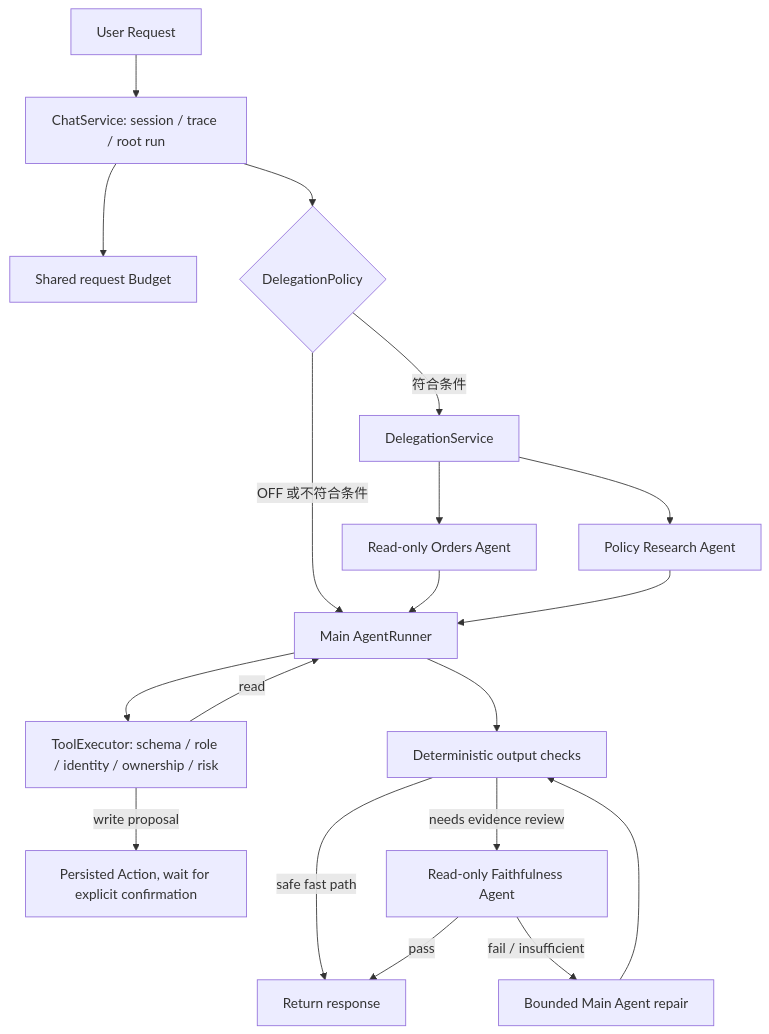
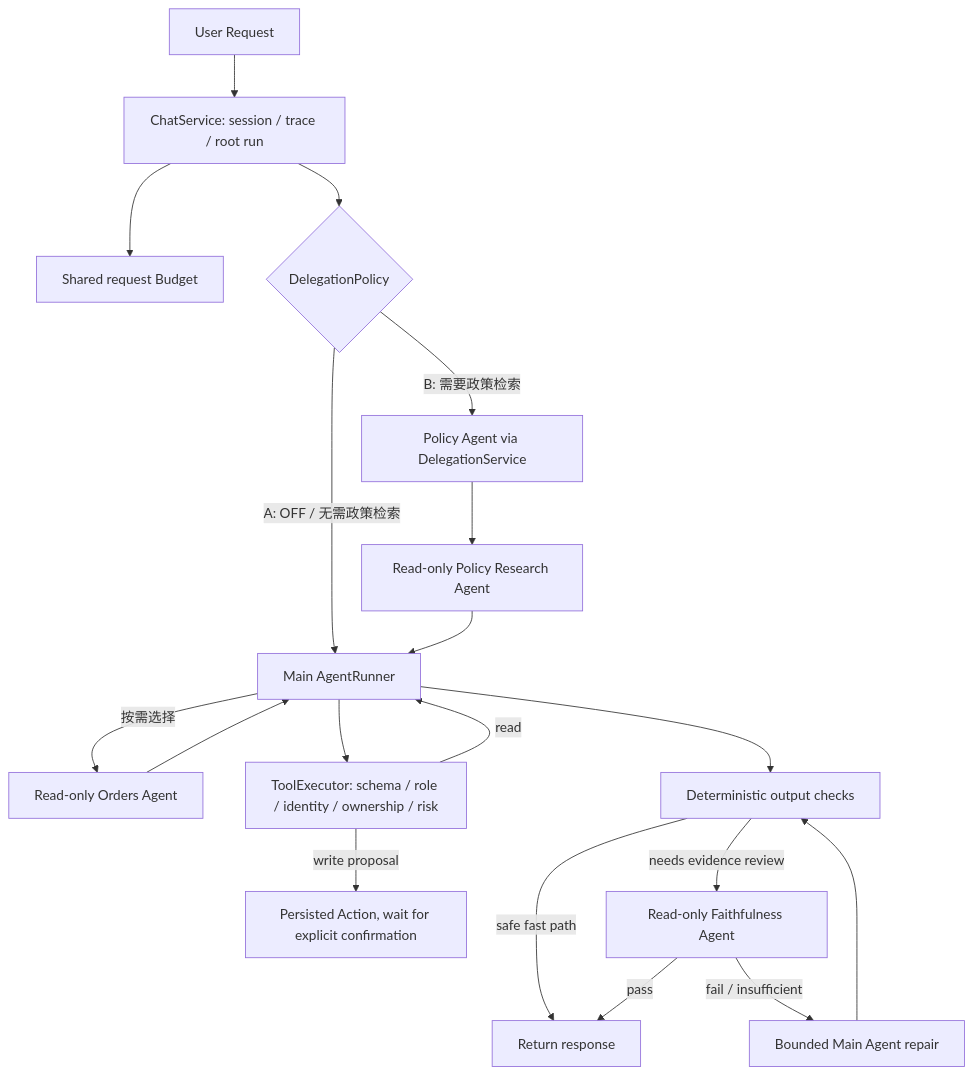
Before and after one commit to Jojen6324/commerce-agent-harness: the diagram in docs/harness-architecture-v2.md, drawn with Mermaid. The commit also changed other lines of this file and 16 other files, not shown here.

````diff
--- a/docs/harness-architecture-v2.md
+++ b/docs/harness-architecture-v2.md
@@ -7,21 +7,21 @@
 ```mermaid
 flowchart TD
     U[User Request] --> C[ChatService: session / trace / root run]
     C --> B[Shared request Budget]
     C --> P{DelegationPolicy}
-    P -->|OFF 或不符合条件| M[Main AgentRunner]
-    P -->|符合条件| D[DelegationService]
-    D --> O[Read-only Orders Agent]
-    D --> R[Policy Research Agent]
+    P -->|A: OFF / 无需政策检索| M[Main AgentRunner]
+    P -->|B: 需要政策检索| D[Policy Agent via DelegationService]
+    D --> R[Read-only Policy Research Agent]
+    R --> M
+    M -->|按需选择| O[Read-only Orders Agent]
     O --> M
-    R --> M
     M --> T[ToolExecutor: schema / role / identity / ownership / risk]
     T -->|read| M
     T -->|write proposal| A[Persisted Action, wait for explicit confirmation]
     M --> V[Deterministic output checks]
     V -->|safe fast path| E[Return response]
     V -->|needs evidence review| F[Read-only Faithfulness Agent]
     F -->|pass| E
     F -->|fail / insufficient| X[Bounded Main Agent repair]
     X --> V
 ```
````
